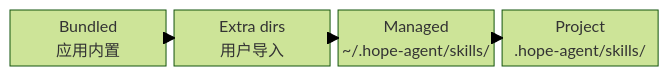
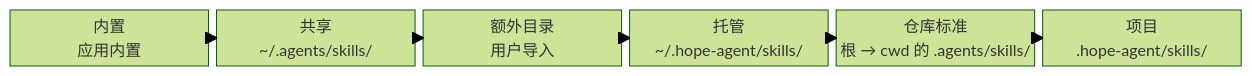
The third of 19 diagrams in docs/architecture/agent/skill-system.md (shiwenwen/hope-agent), drawn with Mermaid (forest theme) before and after one commit. The commit also changed other lines of this file and 209 other files, not shown here.

````diff
--- a/docs/architecture/agent/skill-system.md
+++ b/docs/architecture/agent/skill-system.md
@@ -174,11 +176,15 @@
 ```mermaid
 block-beta
-    columns 4
-    B["Bundled<br/>应用内置"]
-    E["Extra dirs<br/>用户导入"]
-    M["Managed<br/>~/.hope-agent/skills/"]
-    P["Project<br/>.hope-agent/skills/"]
-    B --> E
+    columns 6
+    B["内置<br/>应用内置"]
+    S["共享<br/>~/.agents/skills/"]
+    E["额外目录<br/>用户导入"]
+    M["托管<br/>~/.hope-agent/skills/"]
+    R["仓库标准<br/>根 → cwd 的 .agents/skills/"]
+    P["项目<br/>.hope-agent/skills/"]
+    B --> S
+    S --> E
     E --> M
-    M --> P
+    M --> R
+    R --> P
 ```
````
